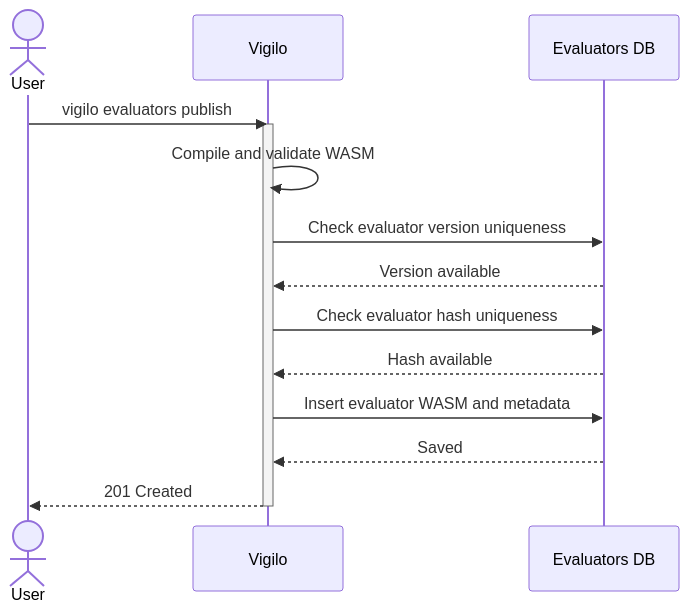
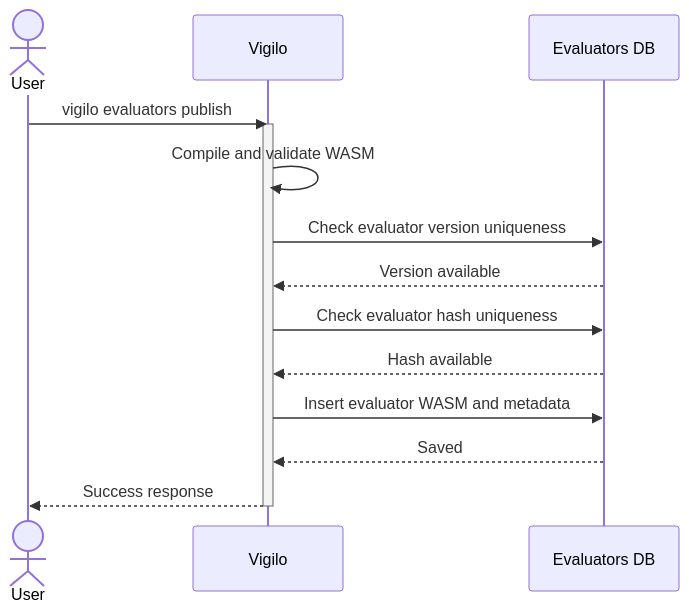
The diagram in web/docs/architecture/flows/evaluators/publish/execution-flow.mmd (gregl83/agent-vigilo), drawn with Mermaid before and after one commit. The commit also changed 1 other file, not shown here.

Commit message:
update evals pub diagrams to use generic results
- success and response vs protocol specific

```diff
--- a/web/docs/architecture/flows/evaluators/publish/execution-flow.mmd
+++ b/web/docs/architecture/flows/evaluators/publish/execution-flow.mmd
@@ -1,28 +1,28 @@
 ---
 config:
   flowchart:
     nodeSpacing: 150
     rankSpacing: 80
   themeVariables:
     edgeLabelBackground: 'transparent'
 ---
 sequenceDiagram
     actor User
     participant Vigilo
     participant DB as Evaluators DB
 
     User->>Vigilo: vigilo evaluators publish
     activate Vigilo
 
     Vigilo->>Vigilo: Compile and validate WASM
     Vigilo->>DB: Check evaluator version uniqueness
     DB-->>Vigilo: Version available
 
     Vigilo->>DB: Check evaluator hash uniqueness
     DB-->>Vigilo: Hash available
 
     Vigilo->>DB: Insert evaluator WASM and metadata
     DB-->>Vigilo: Saved
 
-    Vigilo-->>User: 201 Created
+    Vigilo-->>User: Success response
     deactivate Vigilo
```
